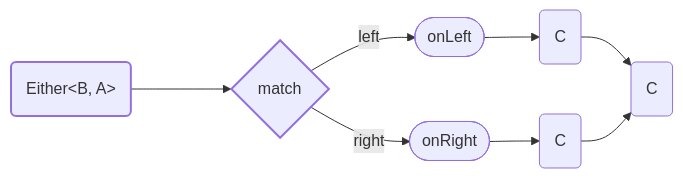
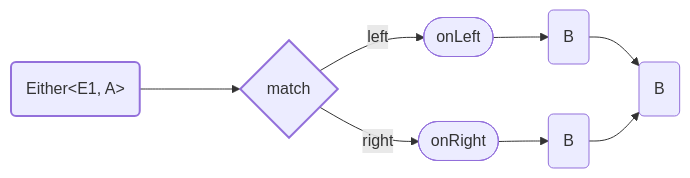
One commit to adamjosefus/fp-ts-examples changed the tenth of 13 diagrams in Either.md. Above: the diagram before and after it, drawn with Mermaid. The commit also changed other lines of this file and 31 other files, not shown here.

````diff
--- a/Either.md
+++ b/Either.md
@@ -650,21 +675,21 @@
 ```mermaid
 flowchart LR
     style input stroke-width: 2px
     style match stroke-width: 2px
 
-    input( Either<<span>B, A</span>> )
+    input( Either<<span>E1, A</span>> )
     match{ match }
     onLeft([ onLeft ])
     onRight([ onRight ])
-    leftOutput( C )
-    rightOutput( C )
-    output( C )
+    leftOutput( B )
+    rightOutput( B )
+    output( B )
 
     input ---> match
     match --> | left | onLeft
     match --> | right | onRight
     onLeft --> leftOutput
     onRight --> rightOutput
     leftOutput --> output
     rightOutput --> output
 ```
````
